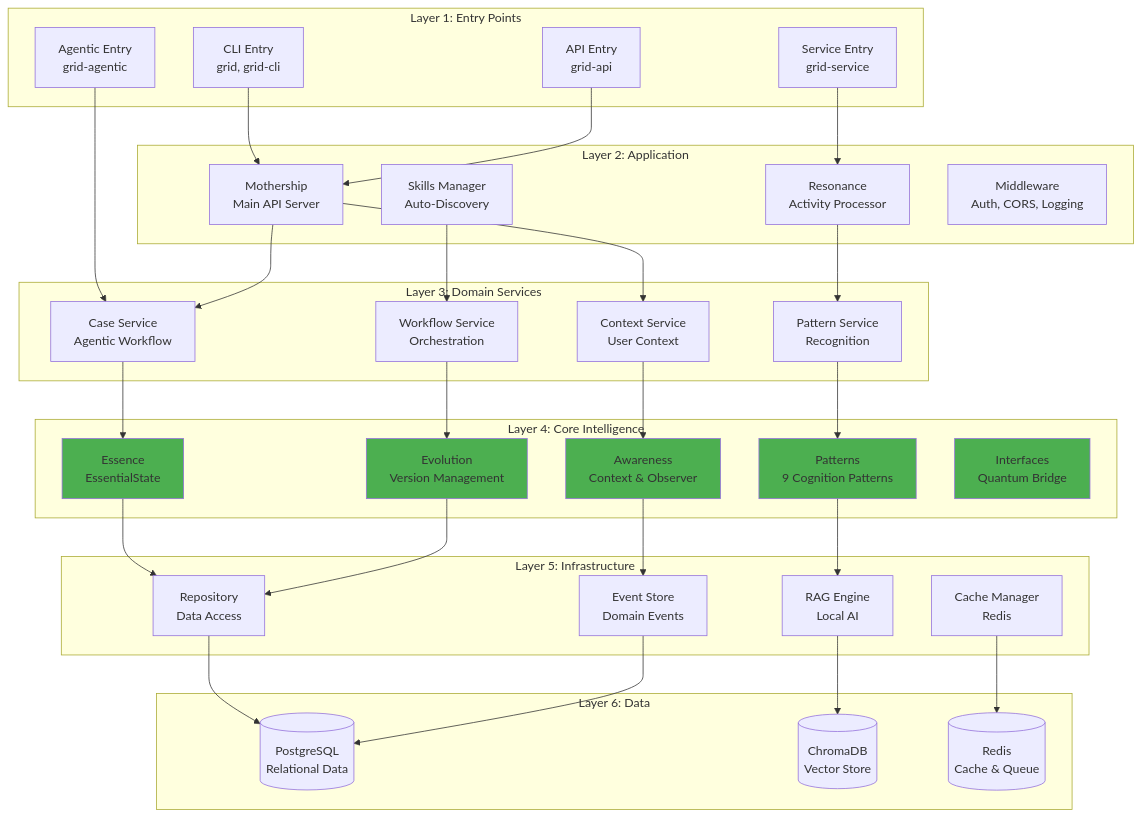
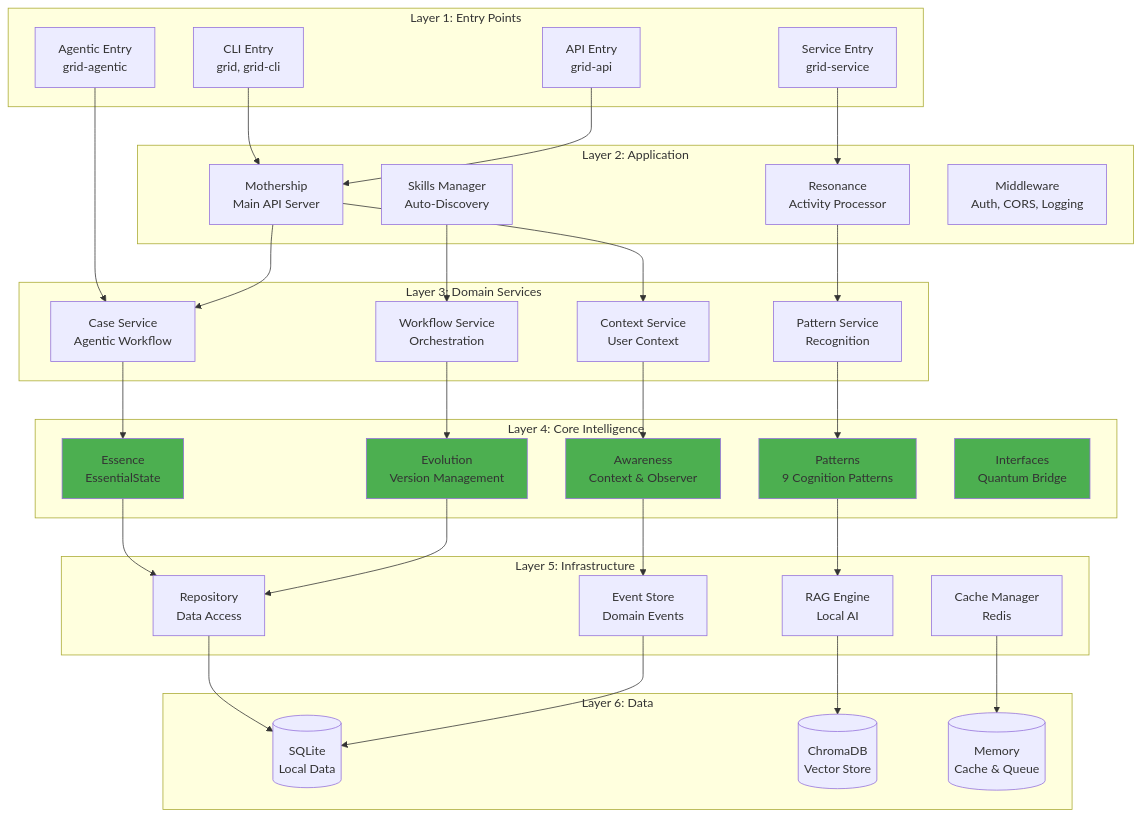
One commit to GRID-INTELLIGENCE/GRID changed the second of 28 diagrams in docs/architecture.md. Above: the diagram before and after it, drawn with Mermaid. The commit also changed other lines of this file and 528 other files, not shown here.

````diff
--- a/docs/architecture.md
+++ b/docs/architecture.md
@@ -111,75 +111,75 @@
 ```mermaid
 graph TB
     subgraph "Layer 1: Entry Points"
         EP1[CLI Entry<br/>grid, grid-cli]
         EP2[API Entry<br/>grid-api]
         EP3[Service Entry<br/>grid-service]
         EP4[Agentic Entry<br/>grid-agentic]
     end
 
     subgraph "Layer 2: Application"
         A1[Mothership<br/>Main API Server]
         A2[Resonance<br/>Activity Processor]
         A3[Skills Manager<br/>Auto-Discovery]
         A4[Middleware<br/>Auth, CORS, Logging]
     end
 
     subgraph "Layer 3: Domain Services"
         D1[Case Service<br/>Agentic Workflow]
         D2[Context Service<br/>User Context]
         D3[Pattern Service<br/>Recognition]
         D4[Workflow Service<br/>Orchestration]
     end
 
     subgraph "Layer 4: Core Intelligence"
         C1[Essence<br/>EssentialState]
         C2[Patterns<br/>9 Cognition Patterns]
         C3[Awareness<br/>Context & Observer]
         C4[Evolution<br/>Version Management]
         C5[Interfaces<br/>Quantum Bridge]
     end
 
     subgraph "Layer 5: Infrastructure"
         I1[Repository<br/>Data Access]
         I2[RAG Engine<br/>Local AI]
         I3[Event Store<br/>Domain Events]
         I4[Cache Manager<br/>Redis]
     end
 
     subgraph "Layer 6: Data"
-        DB1[(PostgreSQL<br/>Relational Data)]
+        DB1[(SQLite<br/>Local Data)]
         DB2[(ChromaDB<br/>Vector Store)]
-        DB3[(Redis<br/>Cache & Queue)]
+        DB3[(Memory<br/>Cache & Queue)]
     end
 
     EP1 --> A1
     EP2 --> A1
     EP3 --> A2
     EP4 --> D1
 
     A1 --> D1
     A1 --> D2
     A2 --> D3
     A3 --> D4
 
     D1 --> C1
     D2 --> C3
     D3 --> C2
     D4 --> C4
 
     C1 --> I1
     C2 --> I2
     C3 --> I3
     C4 --> I1
 
     I1 --> DB1
     I2 --> DB2
     I3 --> DB1
     I4 --> DB3
 
     style C1 fill:#4CAF50
     style C2 fill:#4CAF50
     style C3 fill:#4CAF50
     style C4 fill:#4CAF50
     style C5 fill:#4CAF50
 ```
````
